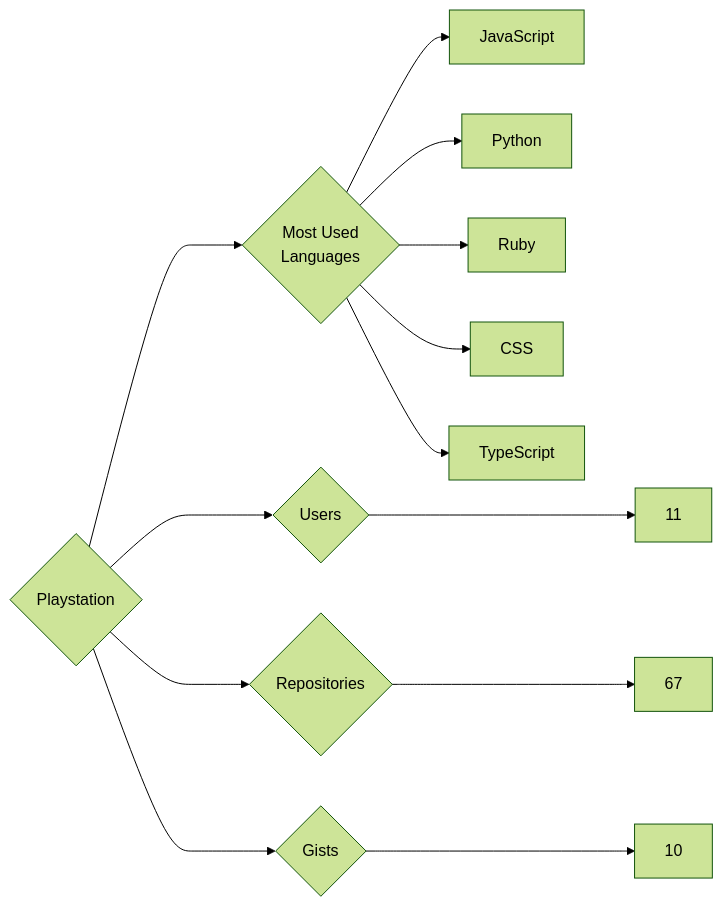
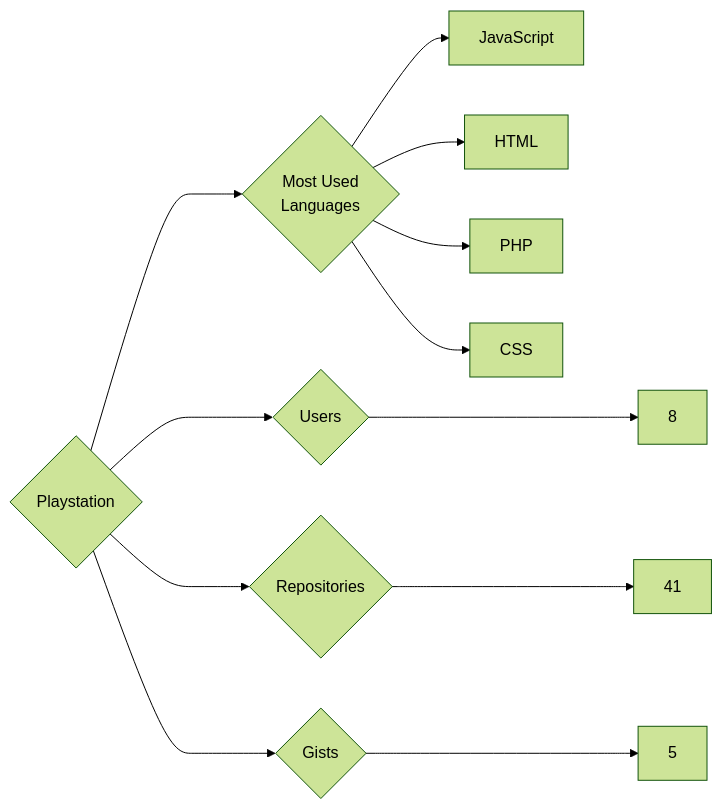
One commit to trickest/insiders changed the diagram in targets/Playstation/README.md. Above: the diagram before and after it, drawn with Mermaid (forest theme). The commit also changed 953 other files, not shown here.

````diff
--- a/targets/Playstation/README.md
+++ b/targets/Playstation/README.md
@@ -3,13 +3,12 @@
 ```mermaid
 graph LR
 COMPANY_NAME{Playstation}
-COMPANY_NAME ---> U{Users} ---> UN[11]
-COMPANY_NAME ---> R{Repositories} ---> RN[67]
-COMPANY_NAME ---> G{Gists} ---> GN[10]
+COMPANY_NAME ---> U{Users} ---> UN[8]
+COMPANY_NAME ---> R{Repositories} ---> RN[41]
+COMPANY_NAME ---> G{Gists} ---> GN[5]
 COMPANY_NAME ---> ML{Most Used<br>Languages}
 ML --> JavaScript[JavaScript]
-ML --> Python[Python]
-ML --> Ruby[Ruby]
+ML --> HTML[HTML]
+ML --> PHP[PHP]
 ML --> CSS[CSS]
-ML --> TypeScript[TypeScript]
 ```
````
